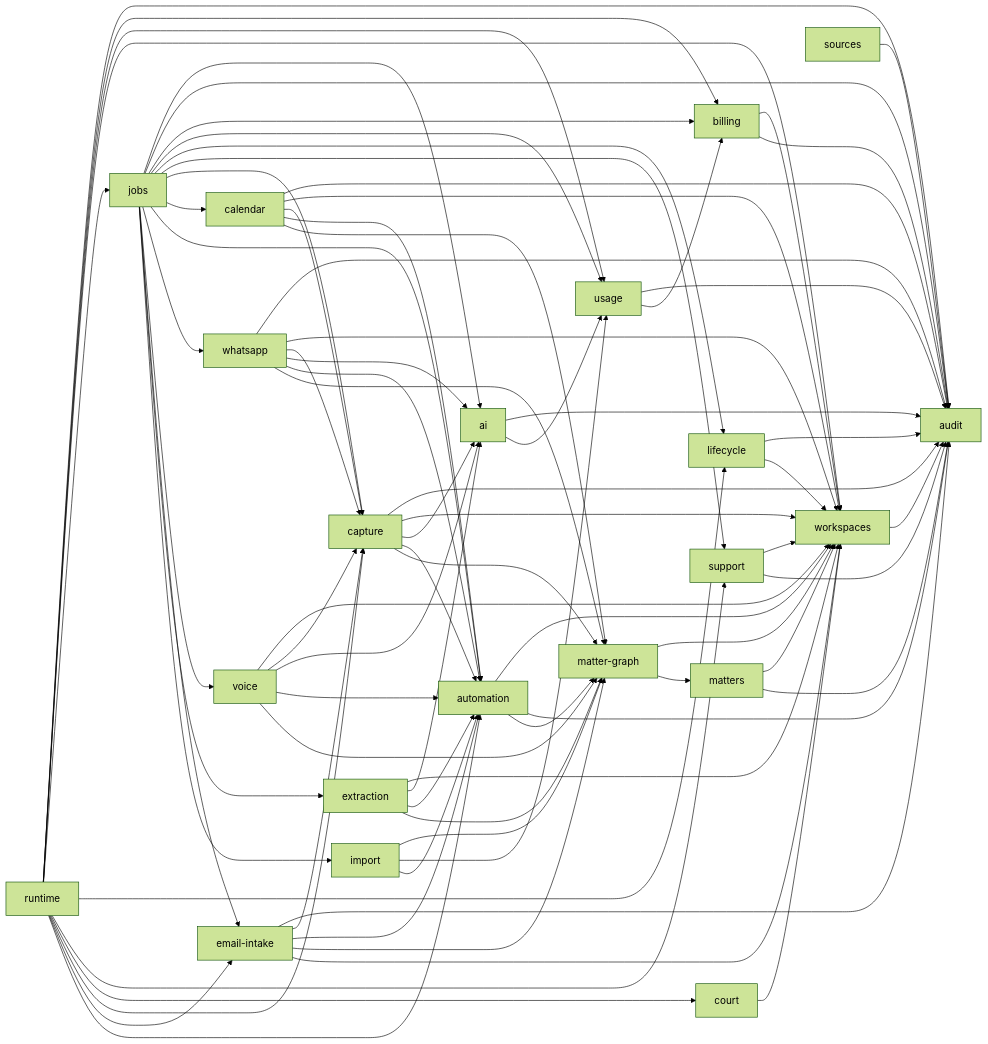
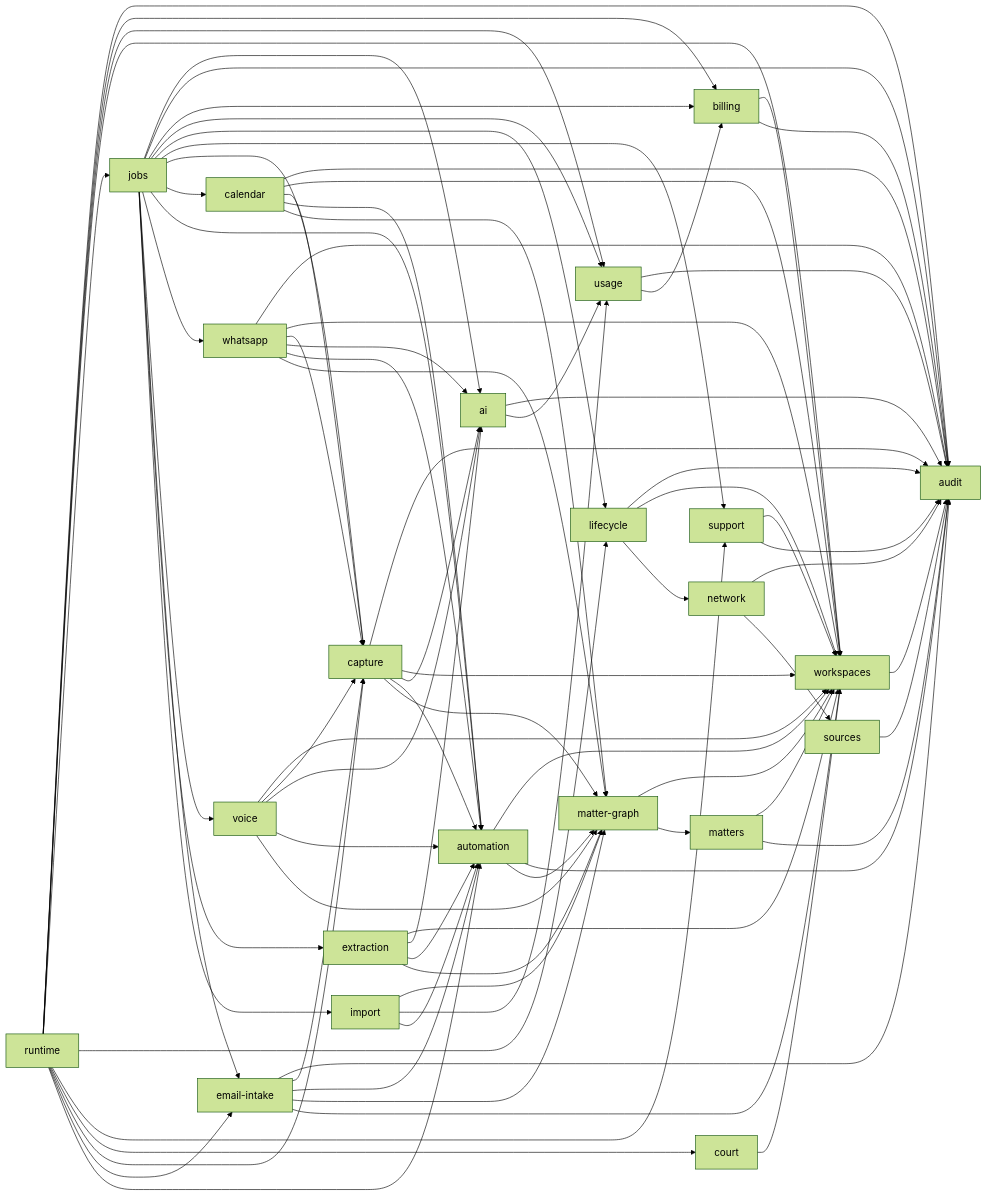
The diagram in docs/engineering/core-domains.md (RapierCraftStudios/causedeck), drawn with Mermaid (forest theme) before and after one commit. The commit also changed other lines of this file and 12 other files, not shown here.

```diff
--- a/docs/engineering/core-domains.md
+++ b/docs/engineering/core-domains.md
@@ -87,7 +88,10 @@
   ai --> usage
   lifecycle --> audit
   lifecycle --> workspaces
+  lifecycle --> network
   sources --> audit
+  network --> audit
+  network --> sources
   support --> workspaces
   support --> audit
   capture --> audit
```
